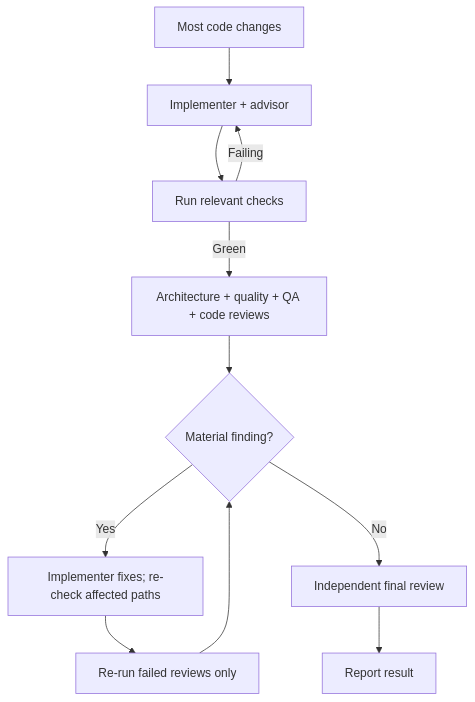
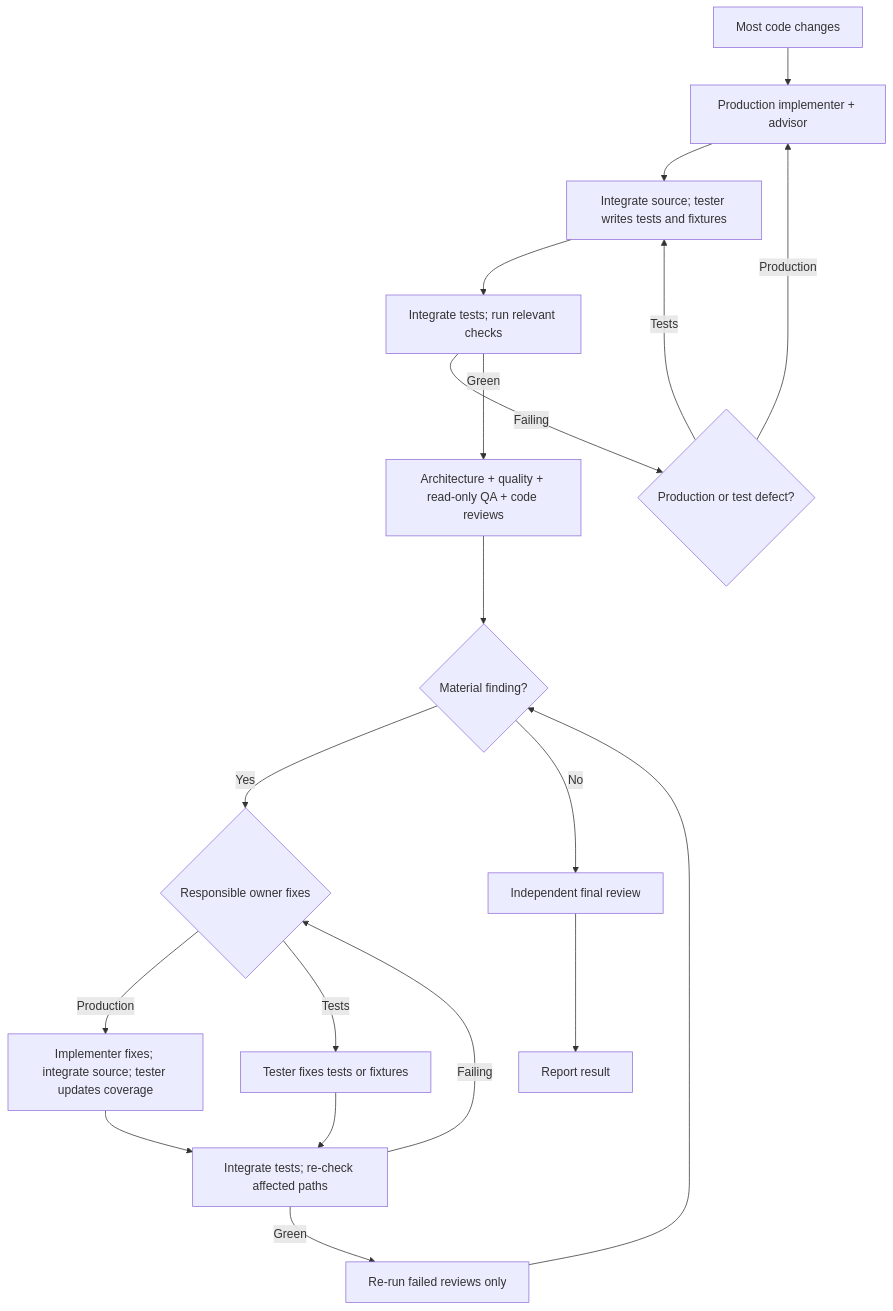
One commit to Glumac7/super-nemo changed the second of 3 diagrams in README.md. Above: the diagram before and after it, drawn with Mermaid. The commit also changed other lines of this file and 8 other files, not shown here.

Commit message:
feat: separate test authoring into dedicated nemo-tester agent

````diff
--- a/README.md
+++ b/README.md
@@ -66,13 +74,21 @@
 ```mermaid
 flowchart TD
-    A["Most code changes"] --> B["Implementer + advisor"]
-    B --> C["Run relevant checks"]
-    C -- Failing --> B
-    C -- Green --> D["Architecture + quality + QA + code reviews"]
+    A["Most code changes"] --> B["Production implementer + advisor"]
+    B --> T["Integrate source; tester writes tests and fixtures"]
+    T --> C["Integrate tests; run relevant checks"]
+    C -- Failing --> O{"Production or test defect?"}
+    O -- Production --> B
+    O -- Tests --> T
+    C -- Green --> D["Architecture + quality + read-only QA + code reviews"]
     D --> E{"Material finding?"}
-    E -- Yes --> F["Implementer fixes; re-check affected paths"]
-    F --> J["Re-run failed reviews only"]
+    E -- Yes --> F{"Responsible owner fixes"}
+    F -- Production --> P["Implementer fixes; integrate source; tester updates coverage"]
+    F -- Tests --> Q["Tester fixes tests or fixtures"]
+    P --> R["Integrate tests; re-check affected paths"]
+    Q --> R
+    R -- Failing --> F
+    R -- Green --> J["Re-run failed reviews only"]
     J --> E
     E -- No --> G["Independent final review"]
     G --> H["Report result"]
 ```
````
